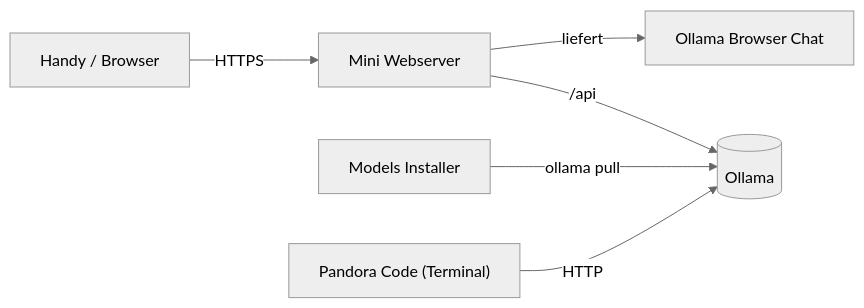
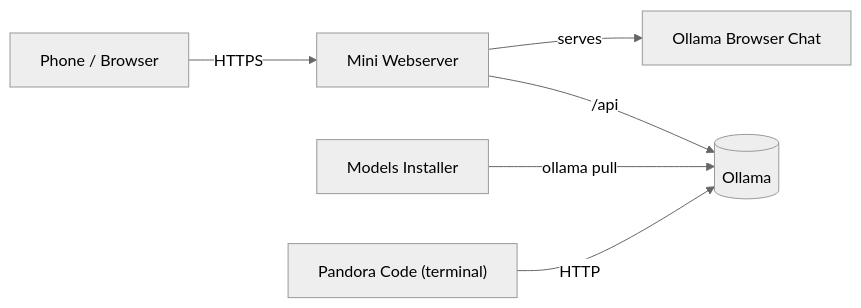
One commit to bosancero85/PandoraAISystem changed the diagram in README.md. Above: the diagram before and after it, drawn with Mermaid (neutral theme). The commit also changed other lines of this file and 2 other files, not shown here.

````diff
--- a/README.md
+++ b/README.md
@@ -35,8 +37,8 @@
 ```mermaid
 flowchart LR
-    H["Handy / Browser"] -- "HTTPS" --> W["Mini Webserver"]
-    W -- "liefert" --> C["Ollama Browser Chat"]
+    H["Phone / Browser"] -- "HTTPS" --> W["Mini Webserver"]
+    W -- "serves" --> C["Ollama Browser Chat"]
     W -- "/api" --> O[("Ollama")]
     I["Models Installer"] -- "ollama pull" --> O
-    K["Pandora Code (Terminal)"] -- "HTTP" --> O
+    K["Pandora Code (terminal)"] -- "HTTP" --> O
 ```
````
